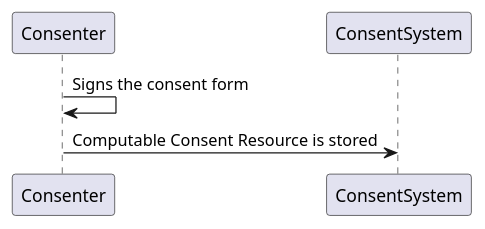
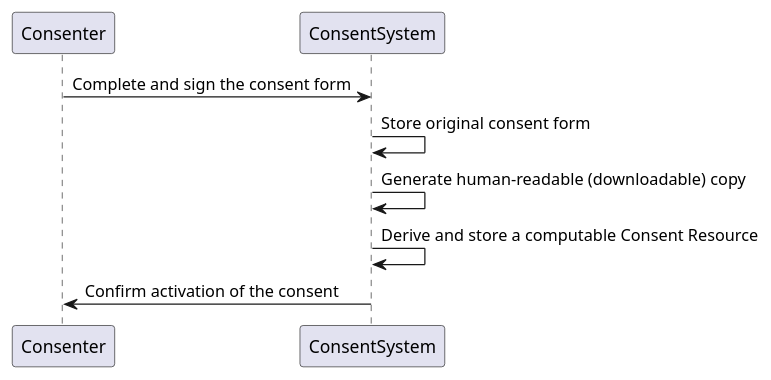
Before and after one commit to HL7/fhir-consent-management: the diagram in input/images-source/file-consent-sequence.plantuml, drawn with PlantUML. The commit also changed 6 other files, not shown here.

Commit message:
update to sequence diagrams to add more accuracy

```diff
--- a/input/images-source/file-consent-sequence.plantuml
+++ b/input/images-source/file-consent-sequence.plantuml
@@ -1,4 +1,7 @@
 @startuml
-Consenter -> Consenter: Signs the consent form
-Consenter -> ConsentSystem: Computable Consent Resource is stored
+Consenter -> ConsentSystem: Complete and sign the consent form
+ConsentSystem -> ConsentSystem: Store original consent form
+ConsentSystem -> ConsentSystem: Generate human-readable (downloadable) copy
+ConsentSystem -> ConsentSystem: Derive and store a computable Consent Resource
+ConsentSystem -> Consenter: Confirm activation of the consent
 @enduml
```
